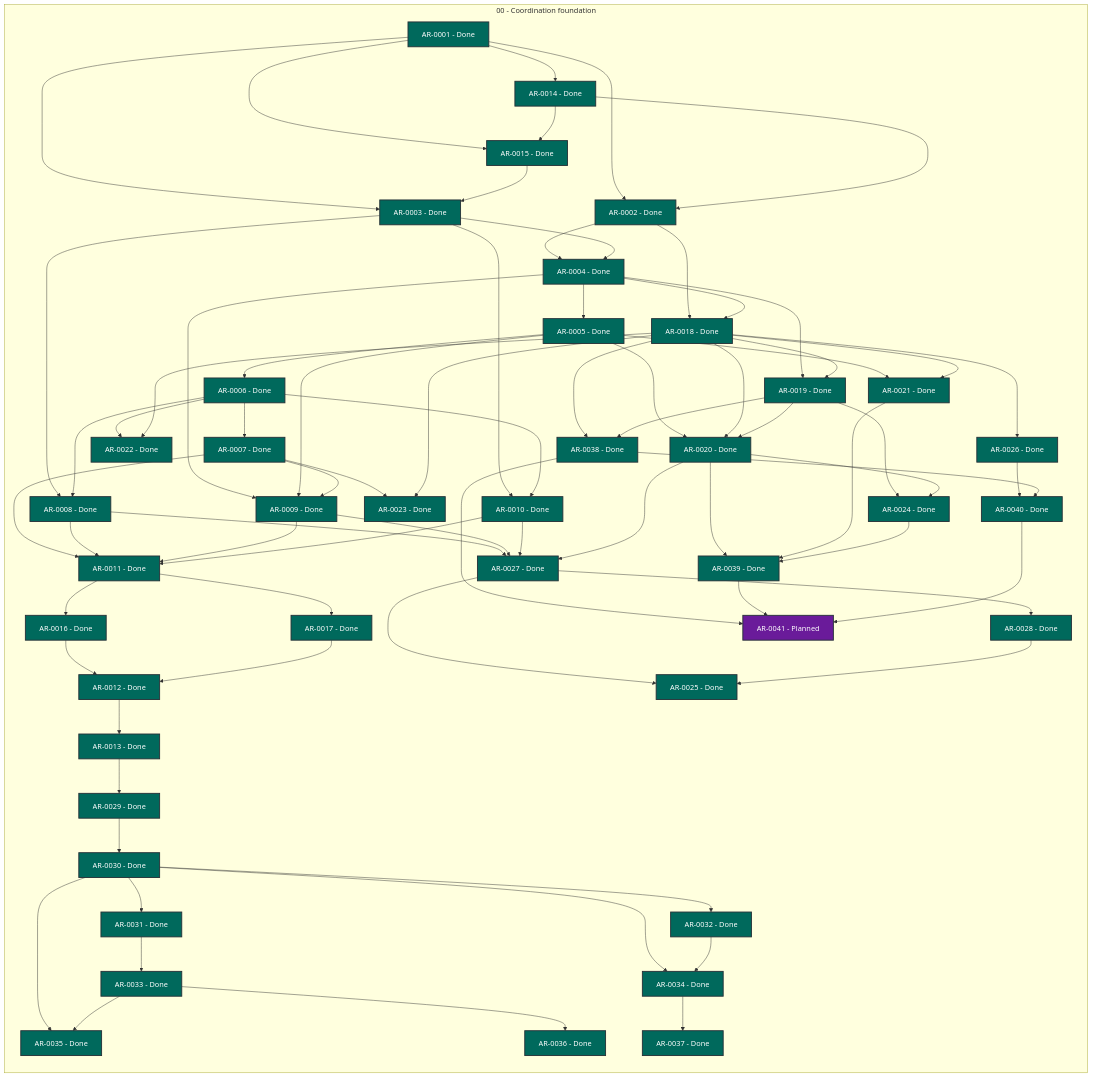
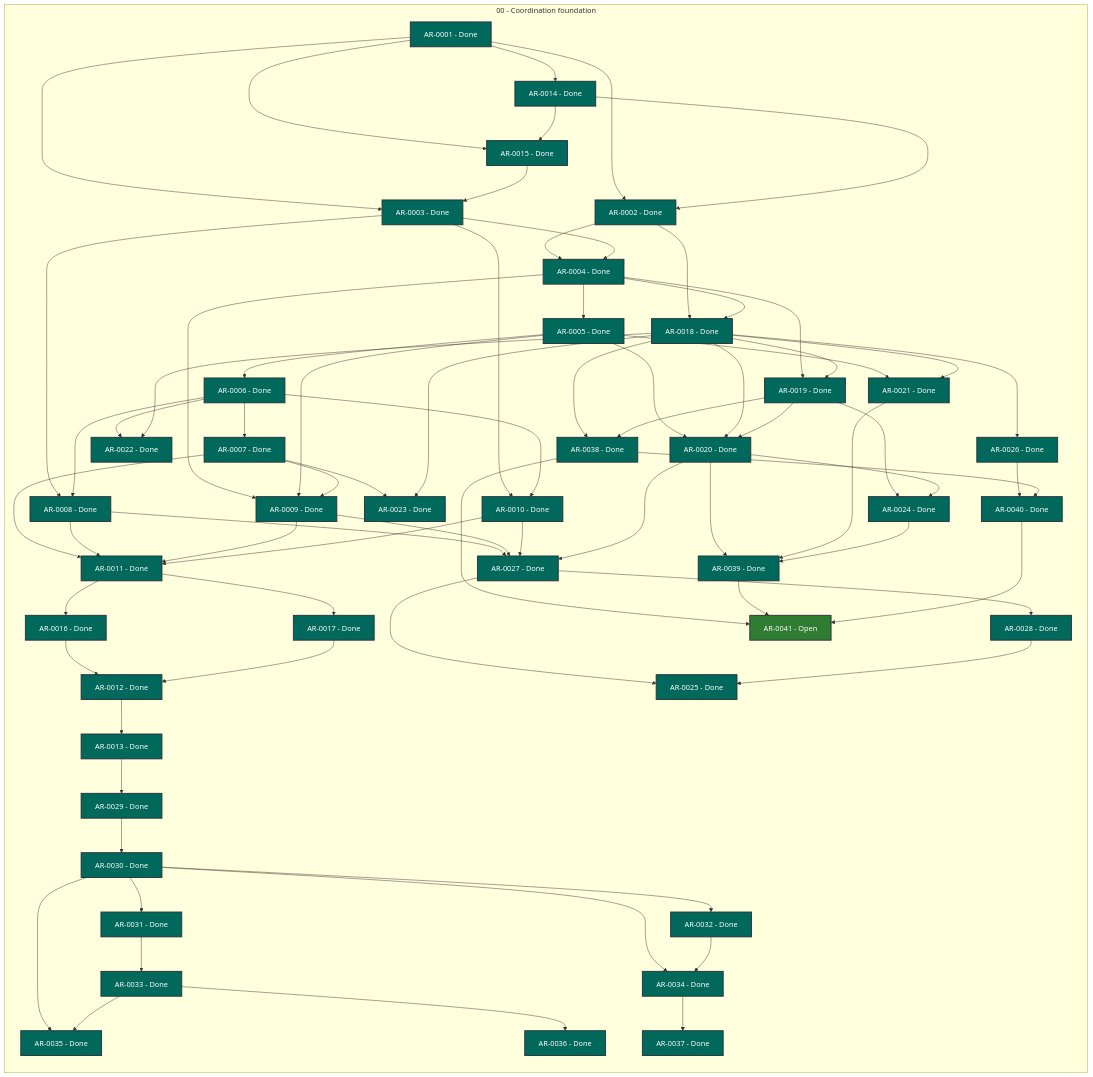
The diagram in STATUS.md (martin-beck/agent-workflow-tui-state), drawn with Mermaid before and after one commit. The commit also changed other lines of this file and 2 other files, not shown here.

```diff
--- a/STATUS.md
+++ b/STATUS.md
@@ -68,7 +68,7 @@
         AR_0038["AR-0038 - Done"]:::status_done
         AR_0039["AR-0039 - Done"]:::status_done
         AR_0040["AR-0040 - Done"]:::status_done
-        AR_0041["AR-0041 - Planned"]:::status_planned
+        AR_0041["AR-0041 - Open"]:::status_open
     end
     AR_0001 --> AR_0002
     AR_0001 --> AR_0003
```
